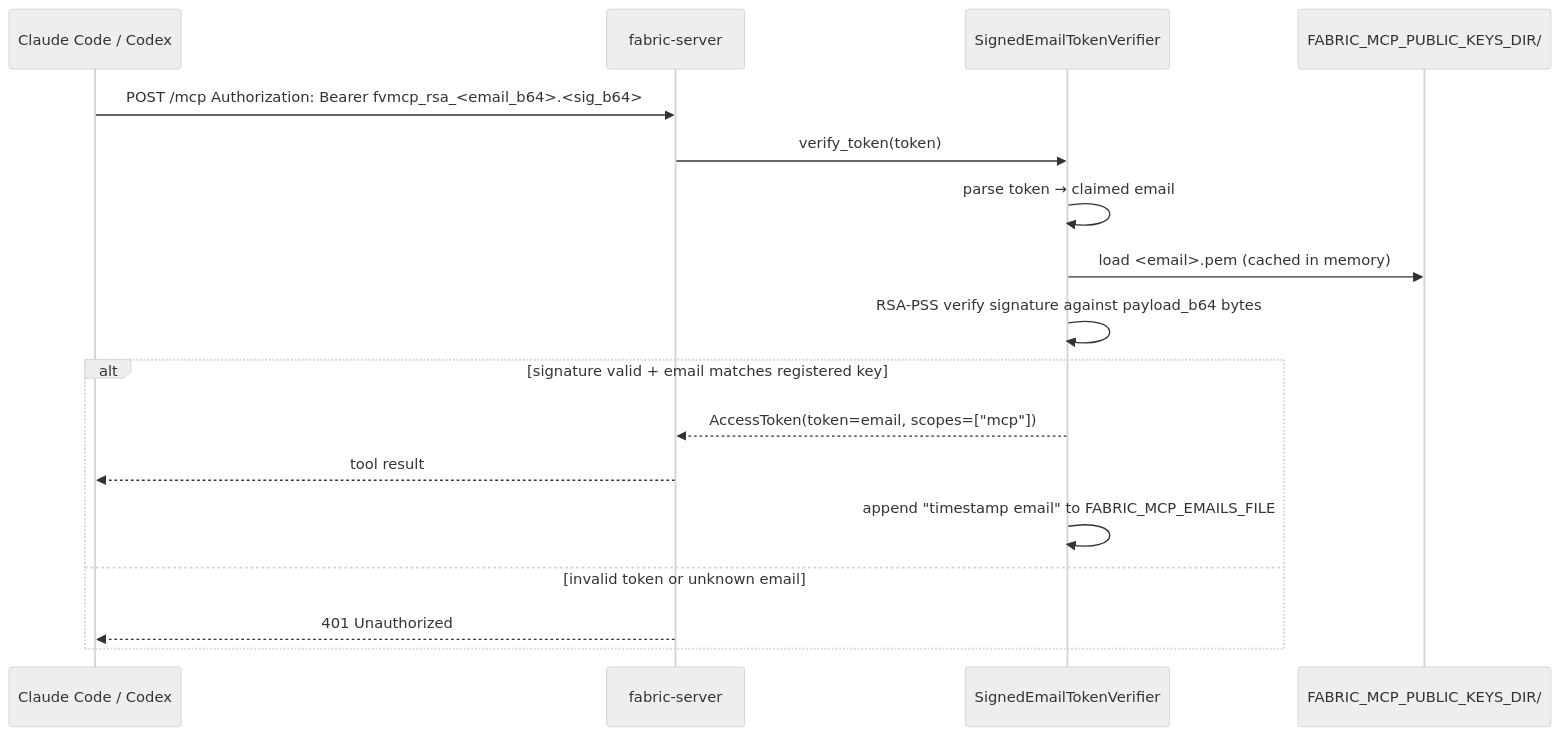
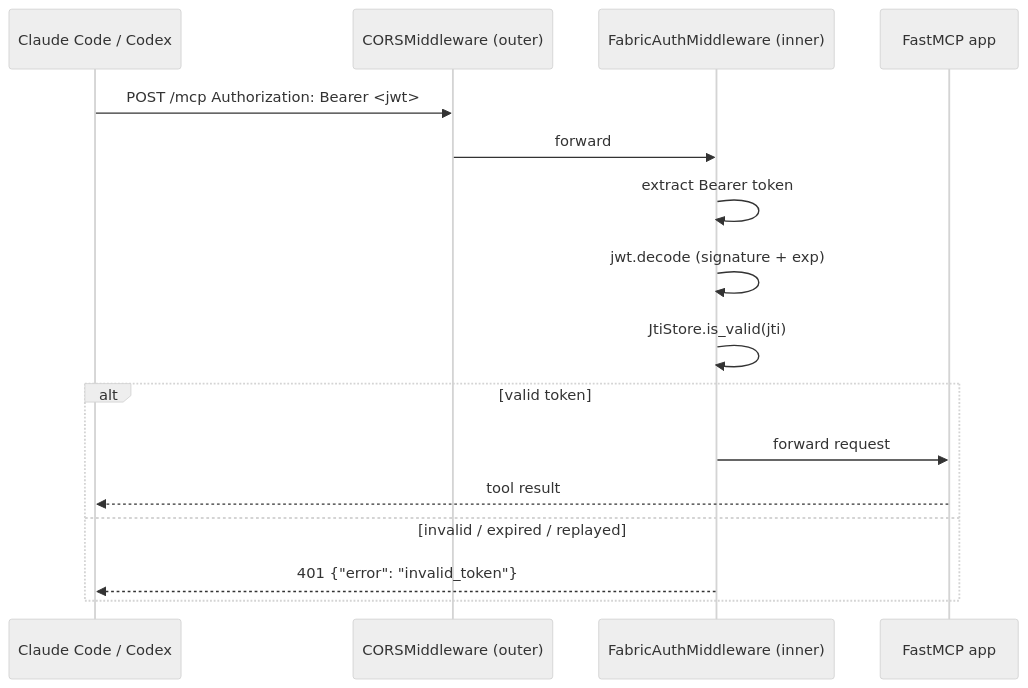
The second of 2 diagrams in docs/mcp-auth-flow.md (scardoso-lu/fabric-skills-settings), drawn with Mermaid (neutral theme) before and after one commit. The commit also changed other lines of this file and 13 other files, not shown here.

First line of the commit message:
feat: replace RSA signed-email auth with API-key + JWT flow

````diff
--- a/docs/mcp-auth-flow.md
+++ b/docs/mcp-auth-flow.md
@@ -66,20 +88,19 @@
 ```mermaid
 sequenceDiagram
     participant Agent as Claude Code / Codex
-    participant Server as fabric-server
-    participant Verifier as SignedEmailTokenVerifier
-    participant Keys as FABRIC_MCP_PUBLIC_KEYS_DIR/
+    participant CORS as CORSMiddleware (outer)
+    participant Auth as FabricAuthMiddleware (inner)
+    participant MCP as FastMCP app
 
-    Agent->>Server: POST /mcp  Authorization: Bearer fvmcp_rsa_<email_b64>.<sig_b64>
-    Server->>Verifier: verify_token(token)
-    Verifier->>Verifier: parse token → claimed email
-    Verifier->>Keys: load <email>.pem (cached in memory)
-    Verifier->>Verifier: RSA-PSS verify signature against payload_b64 bytes
-    alt signature valid + email matches registered key
-        Verifier-->>Server: AccessToken(token=email, scopes=["mcp"])
-        Server-->>Agent: tool result
-        Verifier->>Verifier: append "timestamp email" to FABRIC_MCP_EMAILS_FILE
-    else invalid token or unknown email
-        Server-->>Agent: 401 Unauthorized
+    Agent->>CORS: POST /mcp  Authorization: Bearer <jwt>
+    CORS->>Auth: forward
+    Auth->>Auth: extract Bearer token
+    Auth->>Auth: jwt.decode (signature + exp)
+    Auth->>Auth: JtiStore.is_valid(jti)
+    alt valid token
+        Auth->>MCP: forward request
+        MCP-->>Agent: tool result
+    else invalid / expired / replayed
+        Auth-->>Agent: 401 {"error": "invalid_token"}
     end
 ```
````
